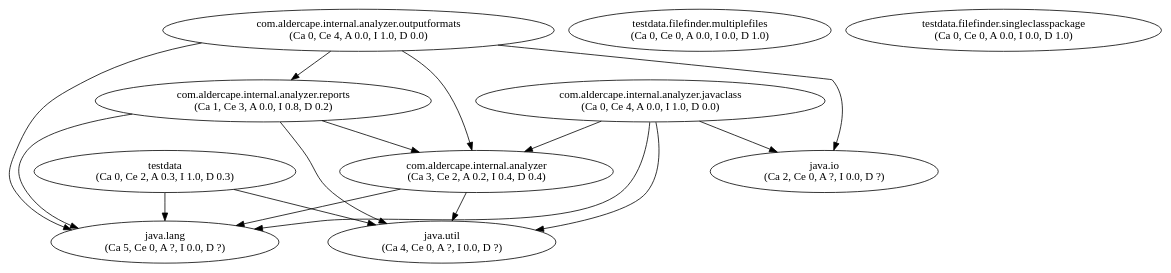
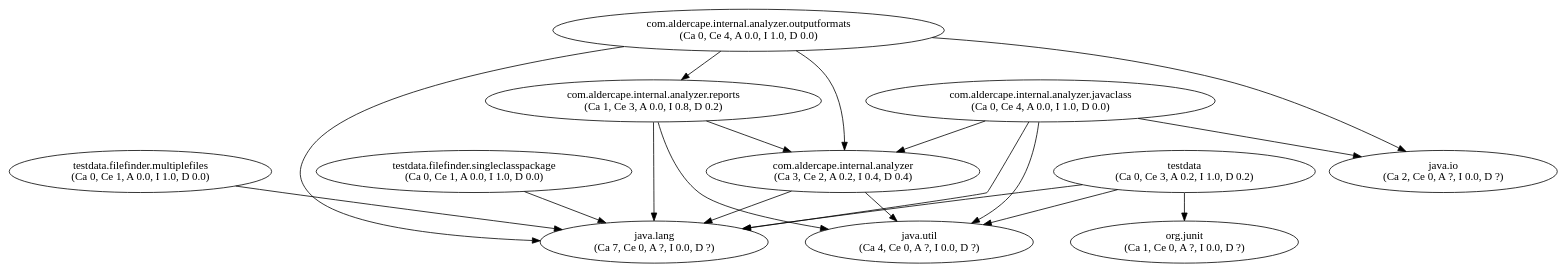
The diagram in project.dot (AlderCape/Analyzer), drawn with Graphviz before and after one commit. The commit also changed 12 other files, not shown here.

```diff
--- a/project.dot
+++ b/project.dot
@@ -1,27 +1,31 @@
 digraph G {
 "com.aldercape.internal.analyzer" [label="com.aldercape.internal.analyzer\n(Ca 3, Ce 2, A 0.2, I 0.4, D 0.4)"];
 "com.aldercape.internal.analyzer.javaclass" [label="com.aldercape.internal.analyzer.javaclass\n(Ca 0, Ce 4, A 0.0, I 1.0, D 0.0)"];
 "com.aldercape.internal.analyzer.outputformats" [label="com.aldercape.internal.analyzer.outputformats\n(Ca 0, Ce 4, A 0.0, I 1.0, D 0.0)"];
 "com.aldercape.internal.analyzer.reports" [label="com.aldercape.internal.analyzer.reports\n(Ca 1, Ce 3, A 0.0, I 0.8, D 0.2)"];
 "java.io" [label="java.io\n(Ca 2, Ce 0, A ?, I 0.0, D ?)"];
-"java.lang" [label="java.lang\n(Ca 5, Ce 0, A ?, I 0.0, D ?)"];
+"java.lang" [label="java.lang\n(Ca 7, Ce 0, A ?, I 0.0, D ?)"];
 "java.util" [label="java.util\n(Ca 4, Ce 0, A ?, I 0.0, D ?)"];
-"testdata" [label="testdata\n(Ca 0, Ce 2, A 0.3, I 1.0, D 0.3)"];
-"testdata.filefinder.multiplefiles" [label="testdata.filefinder.multiplefiles\n(Ca 0, Ce 0, A 0.0, I 0.0, D 1.0)"];
-"testdata.filefinder.singleclasspackage" [label="testdata.filefinder.singleclasspackage\n(Ca 0, Ce 0, A 0.0, I 0.0, D 1.0)"];
+"org.junit" [label="org.junit\n(Ca 1, Ce 0, A ?, I 0.0, D ?)"];
+"testdata" [label="testdata\n(Ca 0, Ce 3, A 0.2, I 1.0, D 0.2)"];
+"testdata.filefinder.multiplefiles" [label="testdata.filefinder.multiplefiles\n(Ca 0, Ce 1, A 0.0, I 1.0, D 0.0)"];
+"testdata.filefinder.singleclasspackage" [label="testdata.filefinder.singleclasspackage\n(Ca 0, Ce 1, A 0.0, I 1.0, D 0.0)"];
 "com.aldercape.internal.analyzer" -> "java.lang";
 "com.aldercape.internal.analyzer" -> "java.util";
 "com.aldercape.internal.analyzer.javaclass" -> "com.aldercape.internal.analyzer";
 "com.aldercape.internal.analyzer.javaclass" -> "java.io";
 "com.aldercape.internal.analyzer.javaclass" -> "java.lang";
 "com.aldercape.internal.analyzer.javaclass" -> "java.util";
 "com.aldercape.internal.analyzer.outputformats" -> "com.aldercape.internal.analyzer";
 "com.aldercape.internal.analyzer.outputformats" -> "com.aldercape.internal.analyzer.reports";
 "com.aldercape.internal.analyzer.outputformats" -> "java.io";
 "com.aldercape.internal.analyzer.outputformats" -> "java.lang";
 "com.aldercape.internal.analyzer.reports" -> "com.aldercape.internal.analyzer";
 "com.aldercape.internal.analyzer.reports" -> "java.lang";
 "com.aldercape.internal.analyzer.reports" -> "java.util";
 "testdata" -> "java.lang";
 "testdata" -> "java.util";
+"testdata" -> "org.junit";
+"testdata.filefinder.multiplefiles" -> "java.lang";
+"testdata.filefinder.singleclasspackage" -> "java.lang";
 }
```
